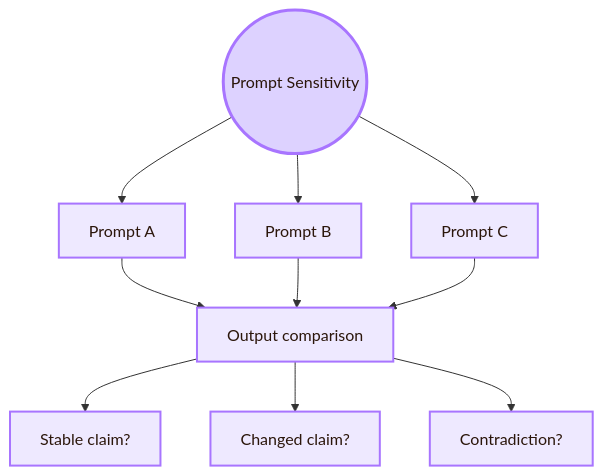
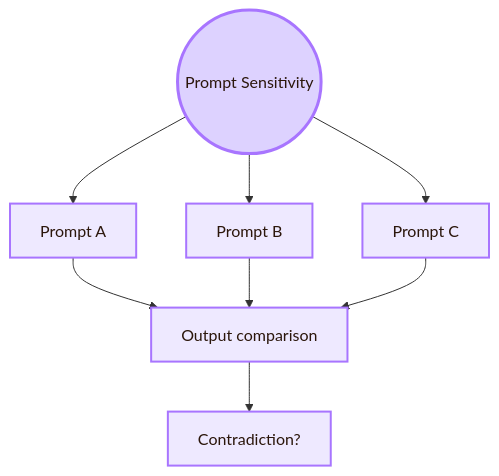
Diagram 12 of 18 in 01_Core_Area_HCI/001_Subareas/05_Human_AI_Interaction/Activities/Experiment.md (andreitegzes06-ui/CogniShire), drawn with Mermaid before and after one commit. The commit also changed other lines of this file and 131 other files, not shown here.

````diff
--- a/01_Core_Area_HCI/001_Subareas/05_Human_AI_Interaction/Activities/Experiment.md
+++ b/01_Core_Area_HCI/001_Subareas/05_Human_AI_Interaction/Activities/Experiment.md
@@ -527,23 +492,21 @@
 ```mermaid
 flowchart TB
     A((Prompt Sensitivity))
 
     A --> B[Prompt A]
     A --> C[Prompt B]
     A --> D[Prompt C]
 
     B --> E[Output comparison]
     C --> E
     D --> E
 
-    E --> F[Stable claim?]
-    E --> G[Changed claim?]
     E --> H[Contradiction?]
 
     classDef center fill:#ddd2ff,stroke:#a875ff,color:#2b160b,stroke-width:3px;
     classDef node fill:#eee9ff,stroke:#a875ff,color:#2b160b,stroke-width:2px;
     classDef final fill:#d9efd7,stroke:#7cab72,color:#2b160b,stroke-width:2px;
 
     class A center;
     class B,C,D,E,F,G,H node;
 ```
````
